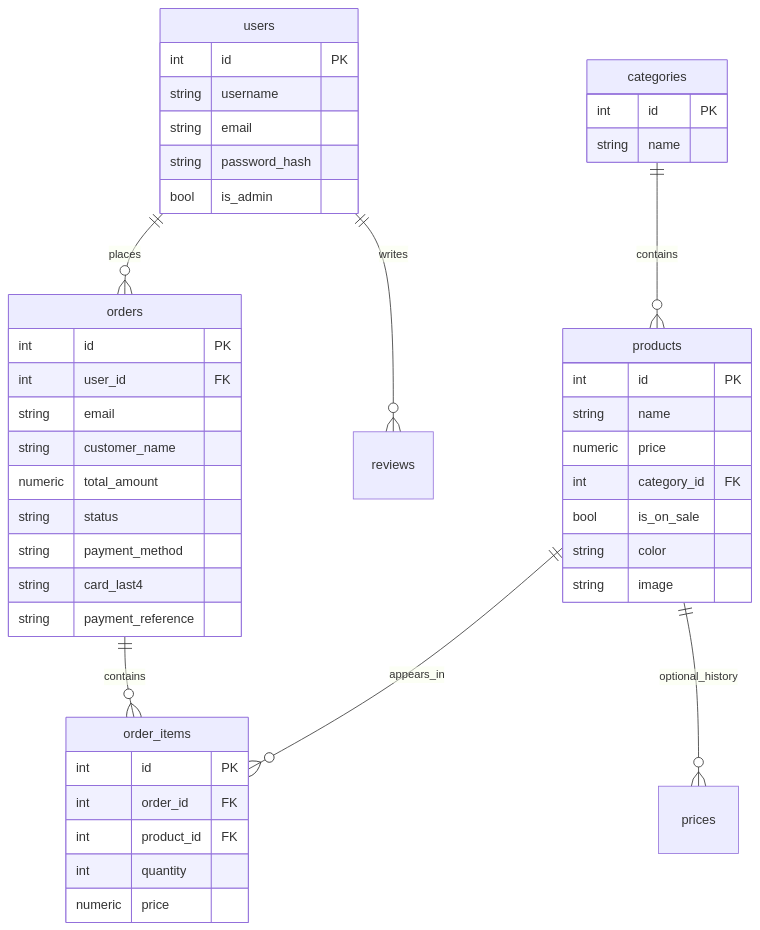
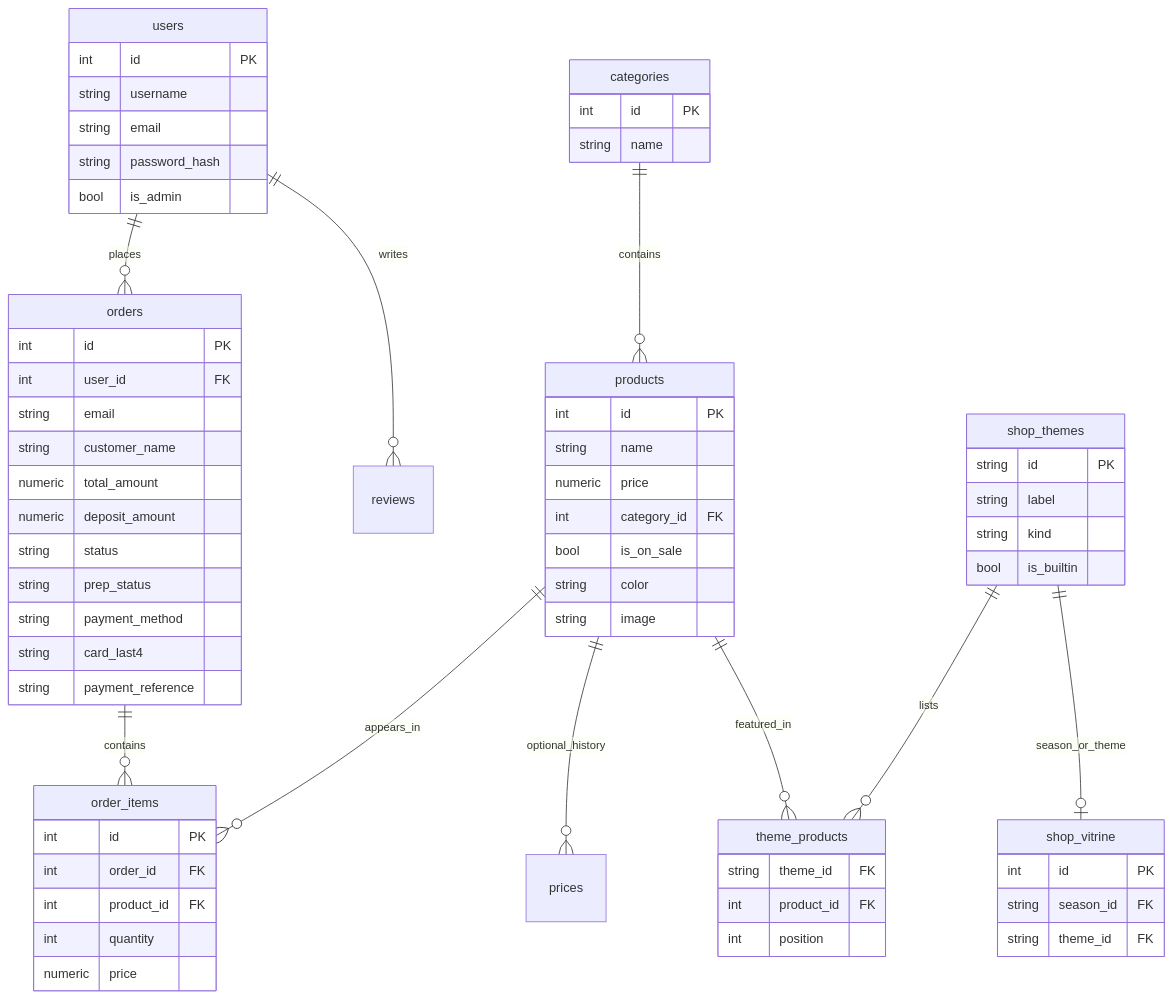
One commit to Issercio/Demo-day changed the first of 2 diagrams in README.md. Above: the diagram before and after it, drawn with Mermaid. The commit also changed other lines of this file and 3 other files, not shown here.

First line of the commit message:
Restore the original README and keep the mockup plus diagrams.

````diff
--- a/README.md
+++ b/README.md
@@ -207,48 +195,69 @@
 ```mermaid
 erDiagram
   users ||--o{ orders : places
   users ||--o{ reviews : writes
   categories ||--o{ products : contains
   products ||--o{ order_items : appears_in
   orders ||--o{ order_items : contains
   products ||--o{ prices : optional_history
+  shop_themes ||--o{ theme_products : lists
+  products ||--o{ theme_products : featured_in
+  shop_themes ||--o| shop_vitrine : season_or_theme
 
   users {
     int id PK
     string username
     string email
     string password_hash
     bool is_admin
   }
   categories {
     int id PK
     string name
   }
   products {
     int id PK
     string name
     numeric price
     int category_id FK
     bool is_on_sale
     string color
     string image
   }
+  shop_themes {
+    string id PK
+    string label
+    string kind
+    bool is_builtin
+  }
+  theme_products {
+    string theme_id FK
+    int product_id FK
+    int position
+  }
+  shop_vitrine {
+    int id PK
+    string season_id FK
+    string theme_id FK
+  }
   orders {
     int id PK
     int user_id FK
     string email
     string customer_name
     numeric total_amount
+    numeric deposit_amount
     string status
+    string prep_status
     string payment_method
     string card_last4
     string payment_reference
   }
   order_items {
     int id PK
     int order_id FK
     int product_id FK
     int quantity
     numeric price
   }
 ```
````
